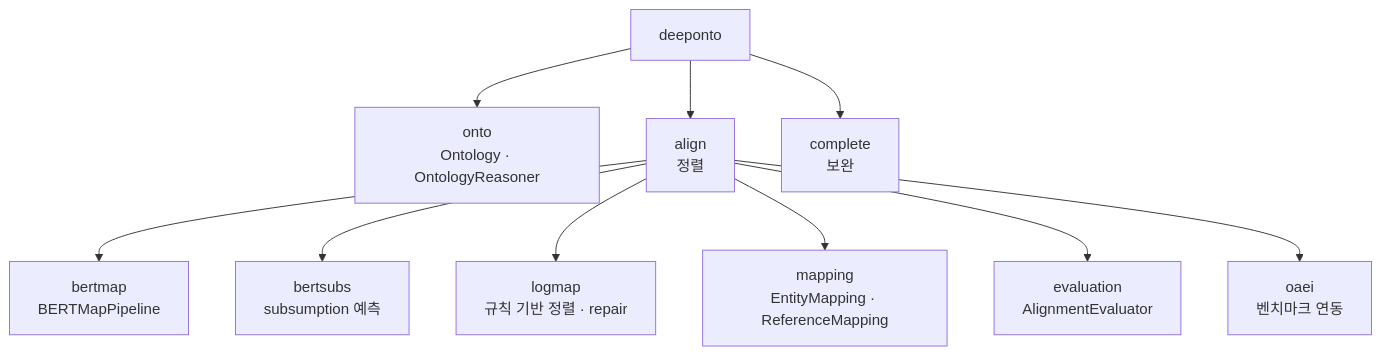
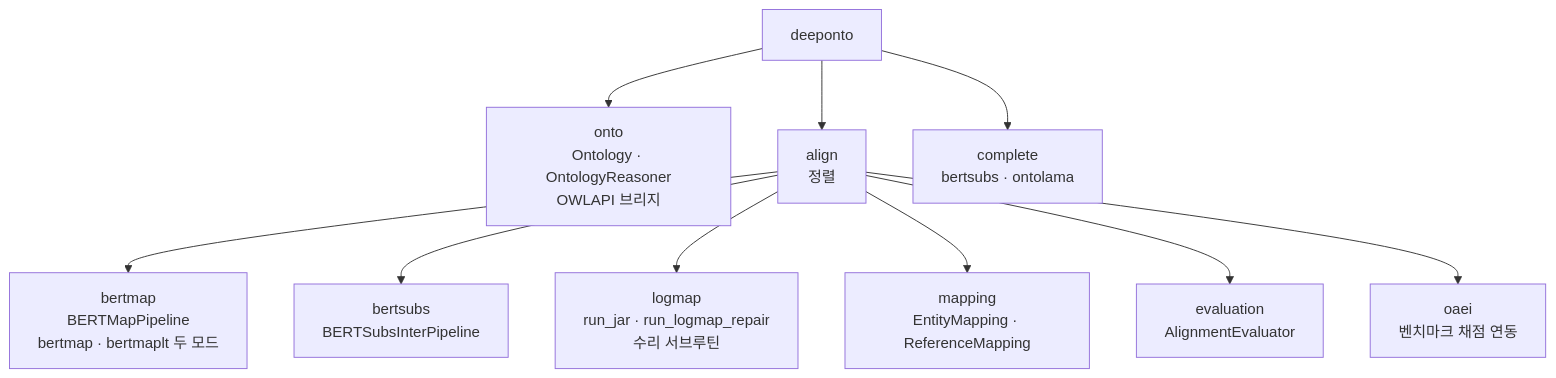
One commit to Junseop-Shin/Work changed the first of 3 diagrams in Study/강의/온톨로지-지식그래프/S18-1-읽는-데-필요한-것들.md. Above: the diagram before and after it, drawn with Mermaid. The commit also changed other lines of this file and 2 other files, not shown here.

````diff
--- a/Study/강의/온톨로지-지식그래프/S18-1-읽는-데-필요한-것들.md
+++ b/Study/강의/온톨로지-지식그래프/S18-1-읽는-데-필요한-것들.md
@@ -54,12 +78,12 @@
 ```mermaid
 flowchart TD
-  D["deeponto"] --> O["onto<br/>Ontology · OntologyReasoner"]
+  D["deeponto"] --> O["onto<br/>Ontology · OntologyReasoner<br/>OWLAPI 브리지"]
   D --> A["align<br/>정렬"]
-  D --> C["complete<br/>보완"]
-  A --> BM["bertmap<br/>BERTMapPipeline"]
-  A --> BS["bertsubs<br/>subsumption 예측"]
-  A --> LM["logmap<br/>규칙 기반 정렬 · repair"]
+  D --> C["complete<br/>bertsubs · ontolama"]
+  A --> BM["bertmap<br/>BERTMapPipeline<br/>bertmap · bertmaplt 두 모드"]
+  A --> BS["bertsubs<br/>BERTSubsInterPipeline"]
+  A --> LM["logmap<br/>run_jar · run_logmap_repair<br/>수리 서브루틴"]
   A --> MP["mapping<br/>EntityMapping · ReferenceMapping"]
   A --> EV["evaluation<br/>AlignmentEvaluator"]
-  A --> OA["oaei<br/>벤치마크 연동"]
+  A --> OA["oaei<br/>벤치마크 채점 연동"]
 ```
````
